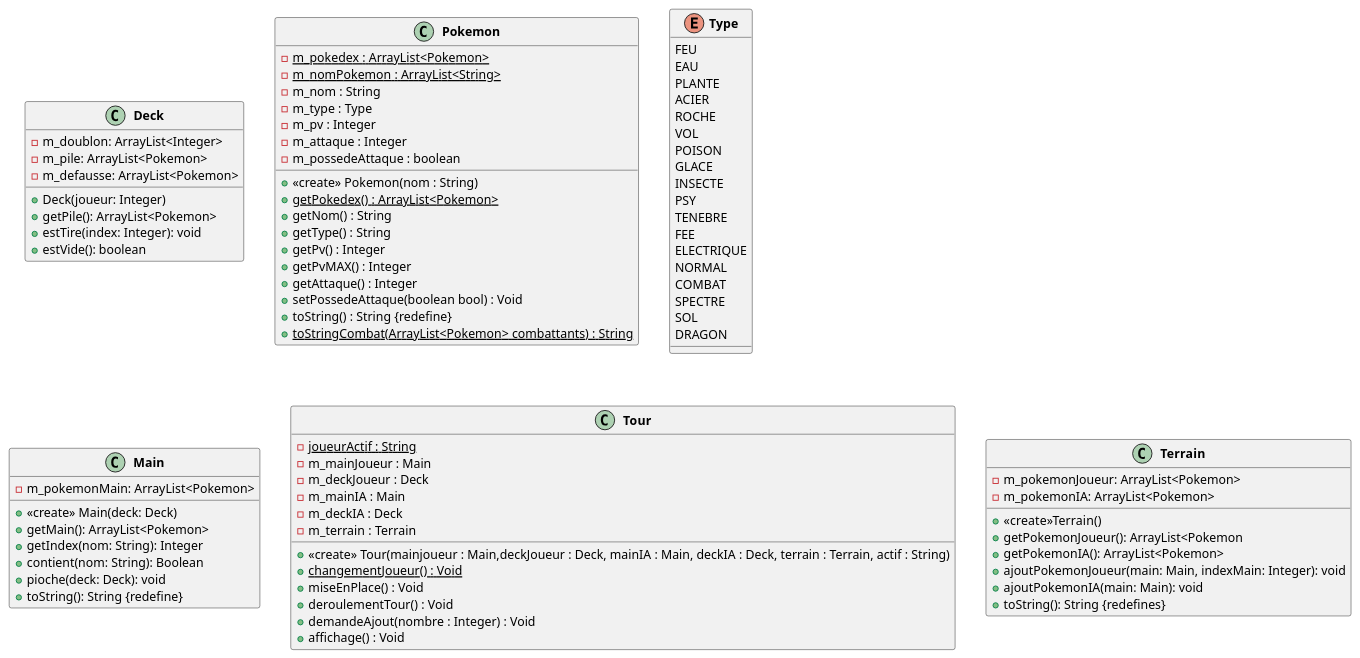
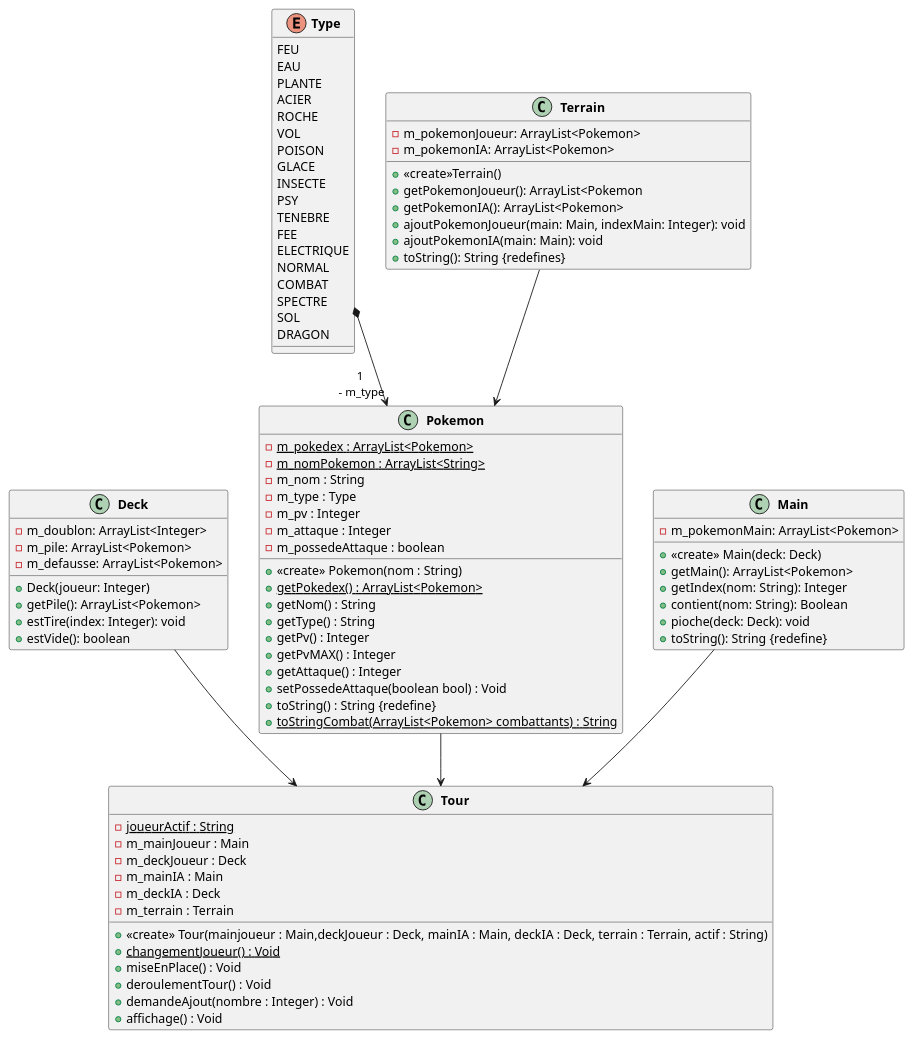
The diagram in uml/semaine1.puml (Dimensio305/Pookemon), drawn with PlantUML before and after one commit.

```diff
--- a/uml/semaine1.puml
+++ b/uml/semaine1.puml
@@ -1,102 +1,107 @@
 @startuml
 'https://plantuml.com/class-diagram
 'skinparam classAttributeIconSize 0
 skinparam classFontStyle Bold
 'skinparam style strictuml
 
 class Deck
 {
     - m_doublon: ArrayList<Integer>
     - m_pile: ArrayList<Pokemon>
     - m_defausse: ArrayList<Pokemon>
 
     + Deck(joueur: Integer)
     + getPile(): ArrayList<Pokemon>
     + estTire(index: Integer): void
     + estVide(): boolean
 }
 
 class Pokemon
 {
     -{static} m_pokedex : ArrayList<Pokemon>
     -{static} m_nomPokemon : ArrayList<String>
     -m_nom : String
     -m_type : Type
     -m_pv : Integer
     -m_attaque : Integer
     -m_possedeAttaque : boolean
 
     +<<create>> Pokemon(nom : String)
     + {static} getPokedex() : ArrayList<Pokemon>
     + getNom() : String
     + getType() : String
     + getPv() : Integer
     + getPvMAX() : Integer
     + getAttaque() : Integer
     + setPossedeAttaque(boolean bool) : Void
     + toString() : String {redefine}
     + {static} toStringCombat(ArrayList<Pokemon> combattants) : String
 }
 
 enum Type {
     FEU
     EAU
     PLANTE
     ACIER
     ROCHE
     VOL
     POISON
     GLACE
     INSECTE
     PSY
     TENEBRE
     FEE
     ELECTRIQUE
     NORMAL
     COMBAT
     SPECTRE
     SOL
     DRAGON
 }
 
 class Main
 {
     - m_pokemonMain: ArrayList<Pokemon>
 
     + <<create>> Main(deck: Deck)
     + getMain(): ArrayList<Pokemon>
     + getIndex(nom: String): Integer
     + contient(nom: String): Boolean
     + pioche(deck: Deck): void
     + toString(): String {redefine}
 }
 
 class Tour{
     - {static} joueurActif : String
     - m_mainJoueur : Main
     - m_deckJoueur : Deck
     - m_mainIA : Main
     - m_deckIA : Deck
     - m_terrain : Terrain
 
     + <<create>> Tour(mainjoueur : Main,deckJoueur : Deck, mainIA : Main, deckIA : Deck, terrain : Terrain, actif : String)
     + {static} changementJoueur() : Void
     + miseEnPlace() : Void
     + deroulementTour() : Void
     + demandeAjout(nombre : Integer) : Void
     + affichage() : Void
 }
 
 class Terrain{
     - m_pokemonJoueur: ArrayList<Pokemon>
     - m_pokemonIA: ArrayList<Pokemon>
 
     + <<create>>Terrain()
     + getPokemonJoueur(): ArrayList<Pokemon
     + getPokemonIA(): ArrayList<Pokemon>
     + ajoutPokemonJoueur(main: Main, indexMain: Integer): void
     + ajoutPokemonIA(main: Main): void
     + toString(): String {redefines}
 }
 
+Main --> Tour
+Deck --> Tour
+Terrain --> Pokemon
+Pokemon --> Tour
+ Type *--> "1\n - m_type" Pokemon
 @enduml
```
